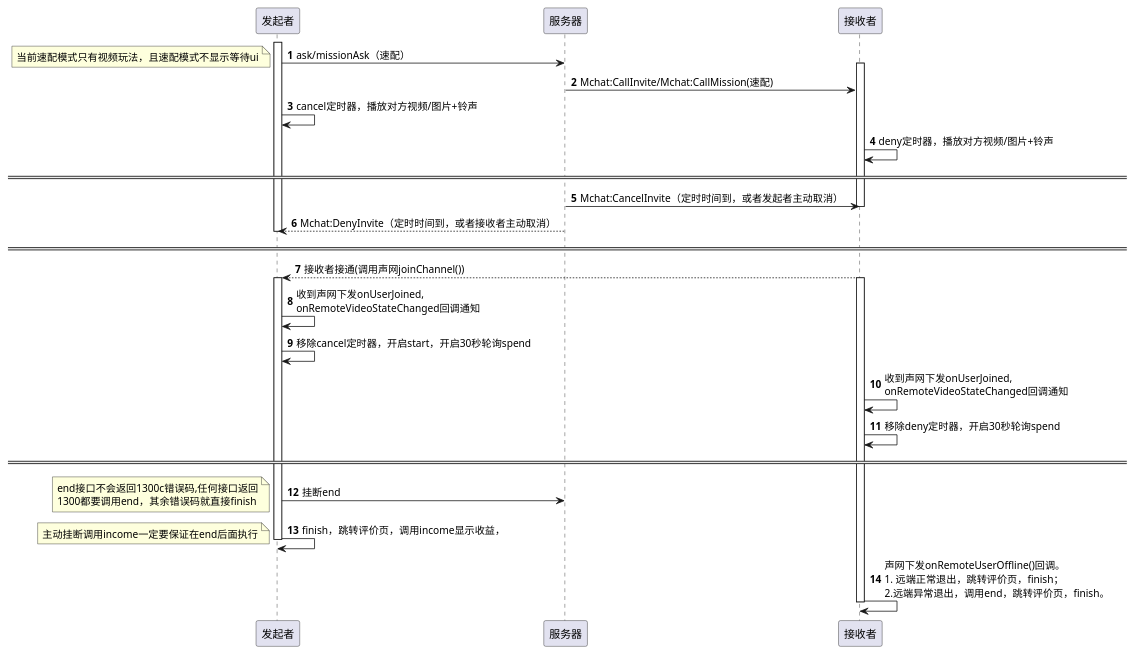
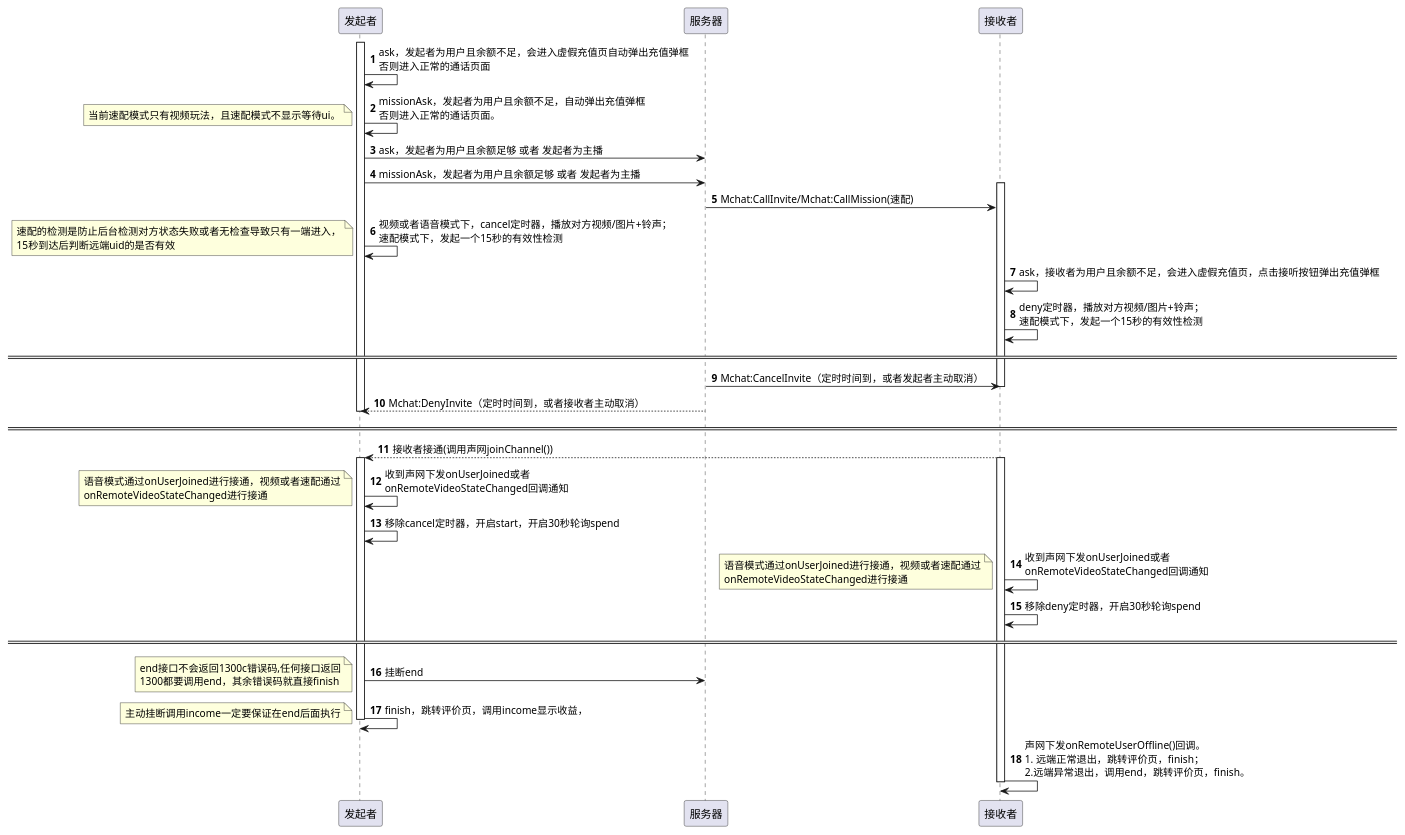
Before and after one commit to xieren58/Breath: the diagram in doc/Call.puml, drawn with PlantUML.

Commit message:
暂存流程

```diff
--- a/doc/Call.puml
+++ b/doc/Call.puml
@@ -1,39 +1,51 @@
 @startuml
 'https://plantuml.com/sequence-diagram
 
 autonumber
 skinparam responseMessageBelowArrow true
 
 activate 发起者
-发起者 -> 服务器: ask/missionAsk（速配）
-note left: 当前速配模式只有视频玩法，且速配模式不显示等待ui
+发起者 -> 发起者: ask，发起者为用户且余额不足，会进入虚假充值页自动弹出充值弹框\n否则进入正常的通话页面
+发起者 -> 发起者: missionAsk，发起者为用户且余额不足，自动弹出充值弹框\n否则进入正常的通话页面。
+note left: 当前速配模式只有视频玩法，且速配模式不显示等待ui。
+发起者 -> 服务器: ask，发起者为用户且余额足够 或者 发起者为主播
+发起者 -> 服务器: missionAsk，发起者为用户且余额足够 或者 发起者为主播
+
+'发起者 -> 服务器: ask/missionAsk（速配）
+'发起者 -> 发起者: ask，发起者为用户且余额不足，会进入虚假充值页自动弹出充值弹框\n否则进入正常的通话页面
+'发起者 -> 发起者: missionAsk，发起者为用户且余额不足，自动弹出充值弹框\n否则进入正常的通话页面。
+
 activate 接收者
 服务器 -> 接收者: Mchat:CallInvite/Mchat:CallMission(速配)
-发起者 -> 发起者 :cancel定时器，播放对方视频/图片+铃声
-接收者 -> 接收者: deny定时器，播放对方视频/图片+铃声
+发起者 -> 发起者 :视频或者语音模式下，cancel定时器，播放对方视频/图片+铃声；\n速配模式下，发起一个15秒的有效性检测
+note left: 速配的检测是防止后台检测对方状态失败或者无检查导致只有一端进入，\n15秒到达后判断远端uid的是否有效
+接收者 -> 接收者: ask，接收者为用户且余额不足，会进入虚假充值页，点击接听按钮弹出充值弹框
+接收者 -> 接收者: deny定时器，播放对方视频/图片+铃声；\n速配模式下，发起一个15秒的有效性检测
 ====
 
 服务器 -> 接收者 : Mchat:CancelInvite（定时时间到，或者发起者主动取消）
 deactivate 接收者
 服务器 --> 发起者 : Mchat:DenyInvite（定时时间到，或者接收者主动取消）
 deactivate 发起者
 ====
 
 接收者 --> 发起者: 接收者接通(调用声网joinChannel())
 activate 发起者
 activate 接收者
-发起者 -> 发起者: 收到声网下发onUserJoined,\nonRemoteVideoStateChanged回调通知
+发起者 -> 发起者: 收到声网下发onUserJoined或者\nonRemoteVideoStateChanged回调通知
+note left: 语音模式通过onUserJoined进行接通，视频或者速配通过\nonRemoteVideoStateChanged进行接通
 发起者 -> 发起者: 移除cancel定时器，开启start，开启30秒轮询spend
-接收者 -> 接收者: 收到声网下发onUserJoined,\nonRemoteVideoStateChanged回调通知
+接收者 -> 接收者: 收到声网下发onUserJoined或者\nonRemoteVideoStateChanged回调通知
+note left: 语音模式通过onUserJoined进行接通，视频或者速配通过\nonRemoteVideoStateChanged进行接通
 接收者 -> 接收者: 移除deny定时器，开启30秒轮询spend
 ====
 
 发起者 -> 服务器: 挂断end
 note left: end接口不会返回1300c错误码,任何接口返回\n1300都要调用end，其余错误码就直接finish
 发起者 -> 发起者: finish，跳转评价页，调用income显示收益，
 note left: 主动挂断调用income一定要保证在end后面执行
 deactivate 发起者
 接收者 -> 接收者: 声网下发onRemoteUserOffline()回调。\n1. 远端正常退出，跳转评价页，finish；\n2.远端异常退出，调用end，跳转评价页，finish。
 deactivate 接收者
 
 @enduml
```
